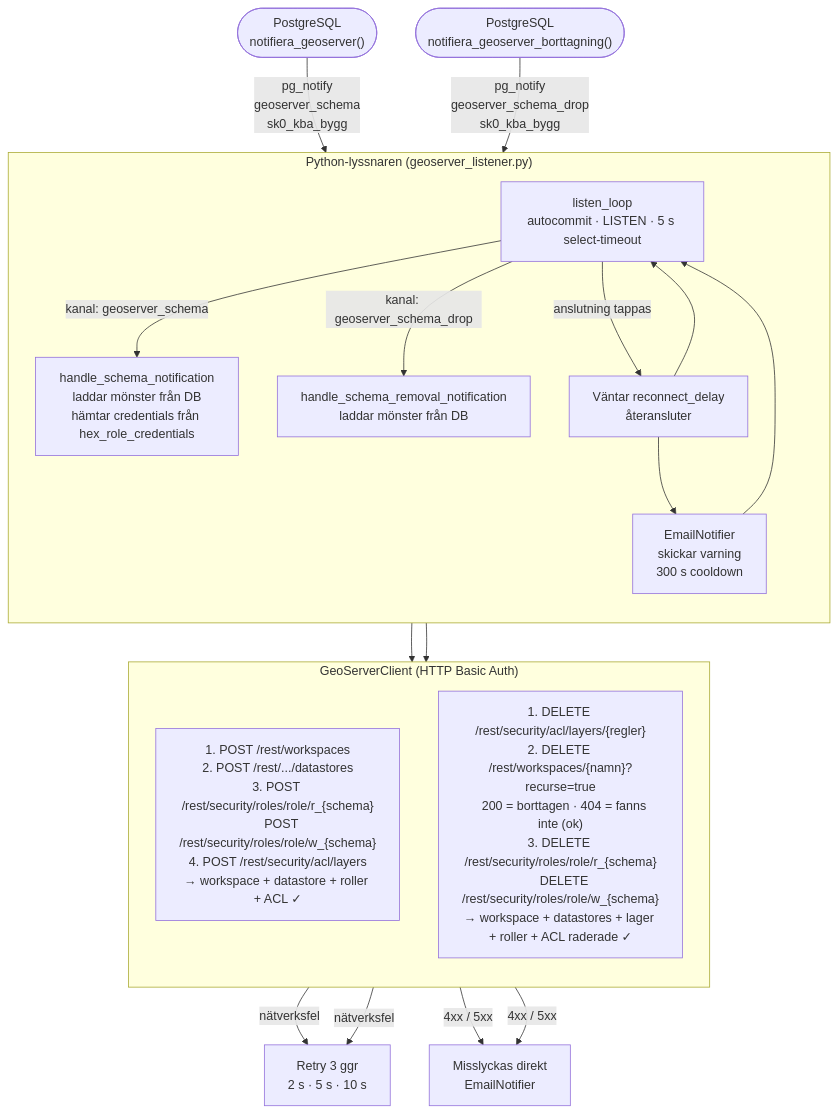
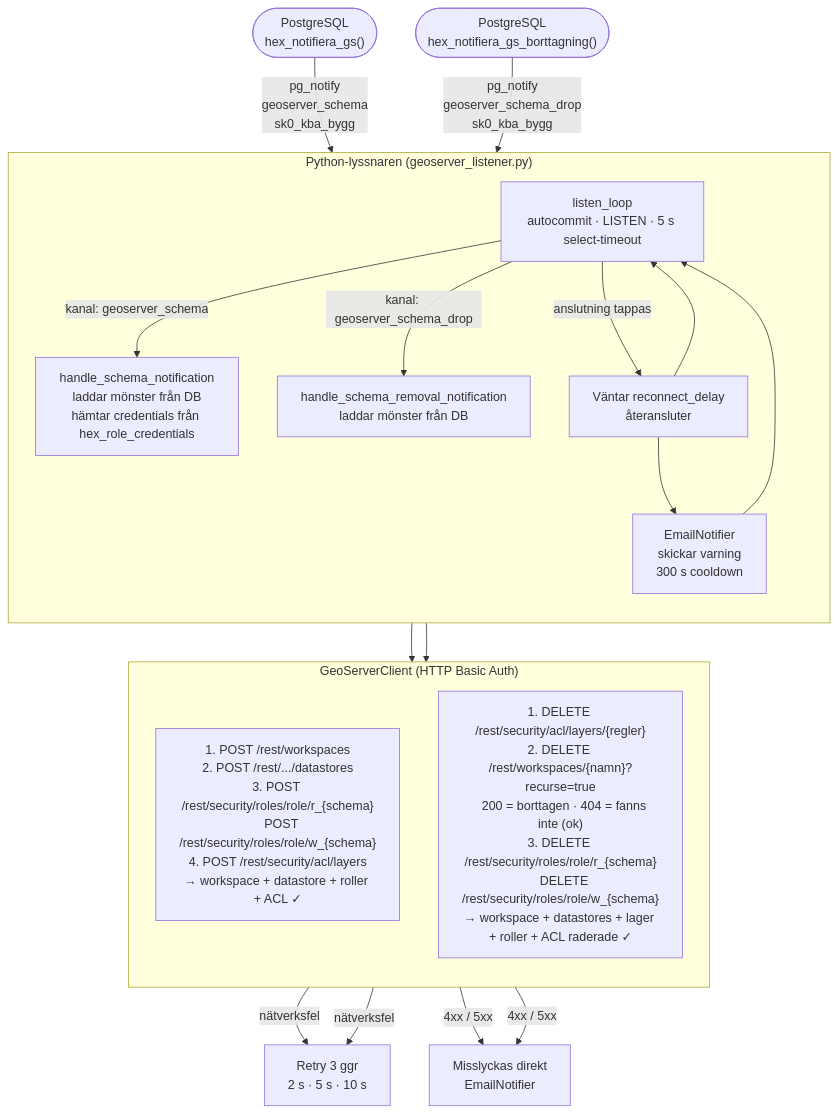
Before and after one commit to Geodata-Kungsbacka/Hex: the ninth of 9 diagrams in LOGIC_MAP.md, drawn with Mermaid. The commit also changed other lines of this file and 22 other files, not shown here.

````diff
--- a/LOGIC_MAP.md
+++ b/LOGIC_MAP.md
@@ -785,32 +785,32 @@
 ```mermaid
 flowchart TD
-    PG_C(["PostgreSQL<br/>notifiera_geoserver()"])
-    PG_D(["PostgreSQL<br/>notifiera_geoserver_borttagning()"])
+    PG_C(["PostgreSQL<br/>hex_notifiera_gs()"])
+    PG_D(["PostgreSQL<br/>hex_notifiera_gs_borttagning()"])
     PG_C --> |"pg_notify<br/>geoserver_schema<br/>sk0_kba_bygg"| LL
     PG_D --> |"pg_notify<br/>geoserver_schema_drop<br/>sk0_kba_bygg"| LL
 
     subgraph PY["Python-lyssnaren (geoserver_listener.py)"]
         direction TB
         LL["listen_loop<br/>autocommit · LISTEN · 5 s select-timeout"]
         LL --> |"kanal: geoserver_schema"| HSN["handle_schema_notification<br/>laddar mönster från DB<br/>hämtar credentials från hex_role_credentials"]
         LL --> |"kanal: geoserver_schema_drop"| HRN["handle_schema_removal_notification<br/>laddar mönster från DB"]
         LL --> |"anslutning tappas"| REC["Väntar reconnect_delay<br/>återansluter"]
         REC --> EMAIL1["EmailNotifier<br/>skickar varning<br/>300 s cooldown"]
         EMAIL1 --> LL
         REC --> LL
     end
 
     HSN --> GS_CREATE
     HRN --> GS_DELETE
 
     subgraph REST["GeoServerClient (HTTP Basic Auth)"]
         direction TB
         GS_CREATE["1. POST /rest/workspaces<br/>2. POST /rest/.../datastores<br/>3. POST /rest/security/roles/role/r_{schema}<br/>   POST /rest/security/roles/role/w_{schema}<br/>4. POST /rest/security/acl/layers<br/>→ workspace + datastore + roller + ACL ✓"]
         GS_DELETE["1. DELETE /rest/security/acl/layers/{regler}<br/>2. DELETE /rest/workspaces/{namn}?recurse=true<br/>   200 = borttagen · 404 = fanns inte (ok)<br/>3. DELETE /rest/security/roles/role/r_{schema}<br/>   DELETE /rest/security/roles/role/w_{schema}<br/>→ workspace + datastores + lager + roller + ACL raderade ✓"]
     end
 
     GS_CREATE --> |"nätverksfel"| RETRY["Retry 3 ggr<br/>2 s · 5 s · 10 s"]
     GS_DELETE --> |"nätverksfel"| RETRY
     GS_CREATE --> |"4xx / 5xx"| FAIL["Misslyckas direkt<br/>EmailNotifier"]
     GS_DELETE --> |"4xx / 5xx"| FAIL
 ```
````
